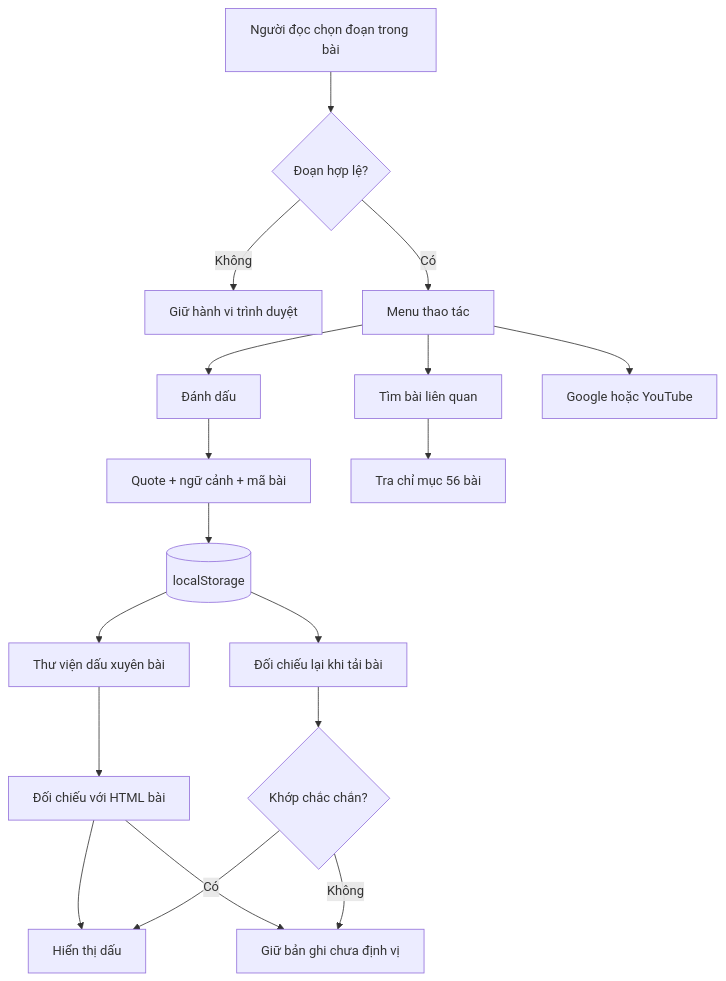
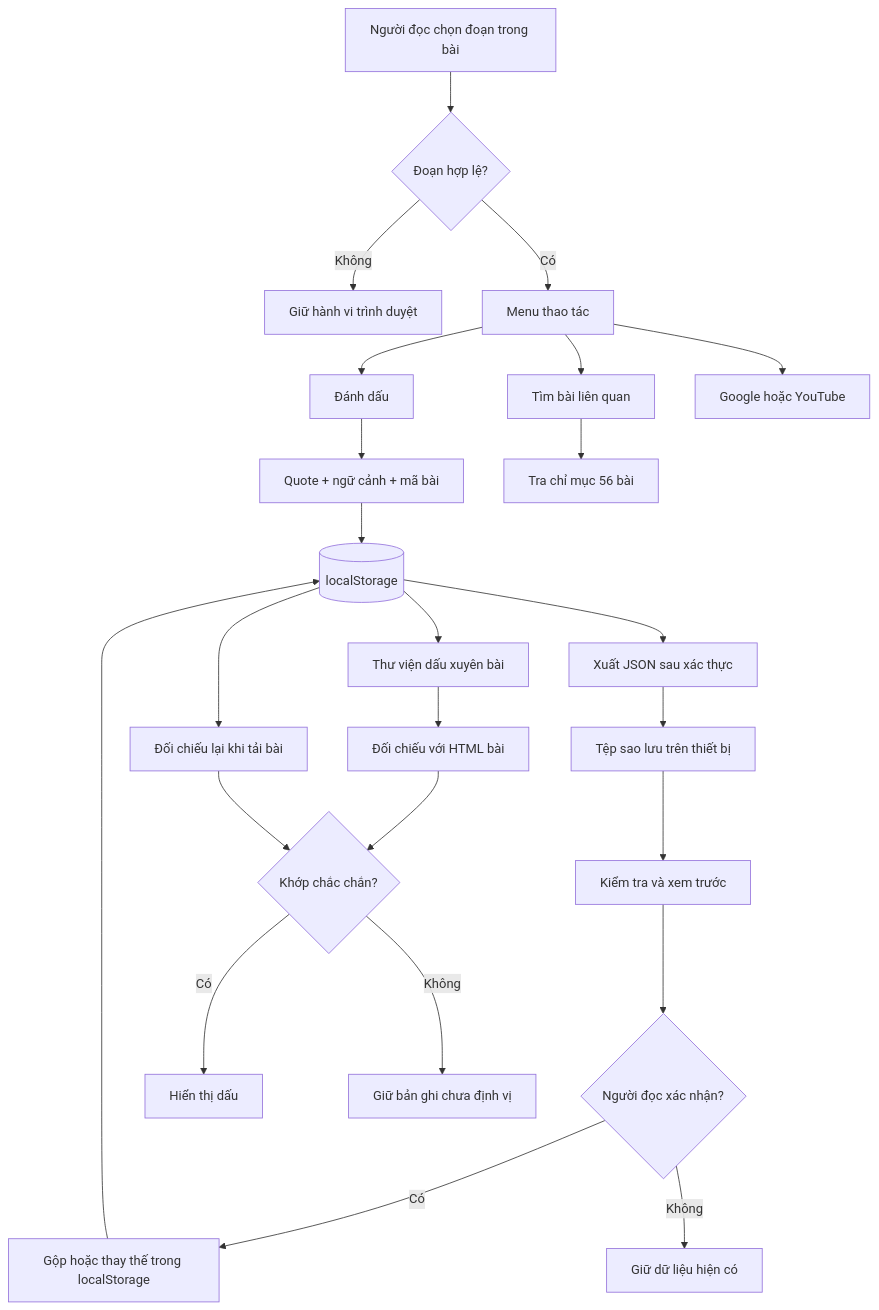
One commit to danghoangsqtt-sys/Ebook-basic-circuit changed the second of 4 diagrams in .DHSYSTEM/ARCHITECTURE.md. Above: the diagram before and after it, drawn with Mermaid. The commit also changed other lines of this file and 15 other files, not shown here.

````diff
--- a/.DHSYSTEM/ARCHITECTURE.md
+++ b/.DHSYSTEM/ARCHITECTURE.md
@@ -72,20 +77,26 @@
 ```mermaid
 flowchart TD
   S[Người đọc chọn đoạn trong bài] --> V{Đoạn hợp lệ?}
   V -- Không --> N[Giữ hành vi trình duyệt]
   V -- Có --> M[Menu thao tác]
   M --> H[Đánh dấu]
   H --> Q[Quote + ngữ cảnh + mã bài]
   Q --> L[(localStorage)]
   L --> R[Đối chiếu lại khi tải bài]
   L --> HL[Thư viện dấu xuyên bài]
   HL --> VH[Đối chiếu với HTML bài]
-  VH --> E
-  VH --> D
+  VH --> C
+  L --> BA[Xuất JSON sau xác thực]
+  BA --> J[Tệp sao lưu trên thiết bị]
+  J --> IM[Kiểm tra và xem trước]
+  IM --> CF{Người đọc xác nhận?}
+  CF -- Có --> WR[Gộp hoặc thay thế trong localStorage]
+  WR --> L
+  CF -- Không --> NO[Giữ dữ liệu hiện có]
   R --> C{Khớp chắc chắn?}
   C -- Có --> D[Hiển thị dấu]
   C -- Không --> E[Giữ bản ghi chưa định vị]
   M --> F[Tìm bài liên quan]
   F --> I[Tra chỉ mục 56 bài]
   M --> X[Google hoặc YouTube]
 ```
````
